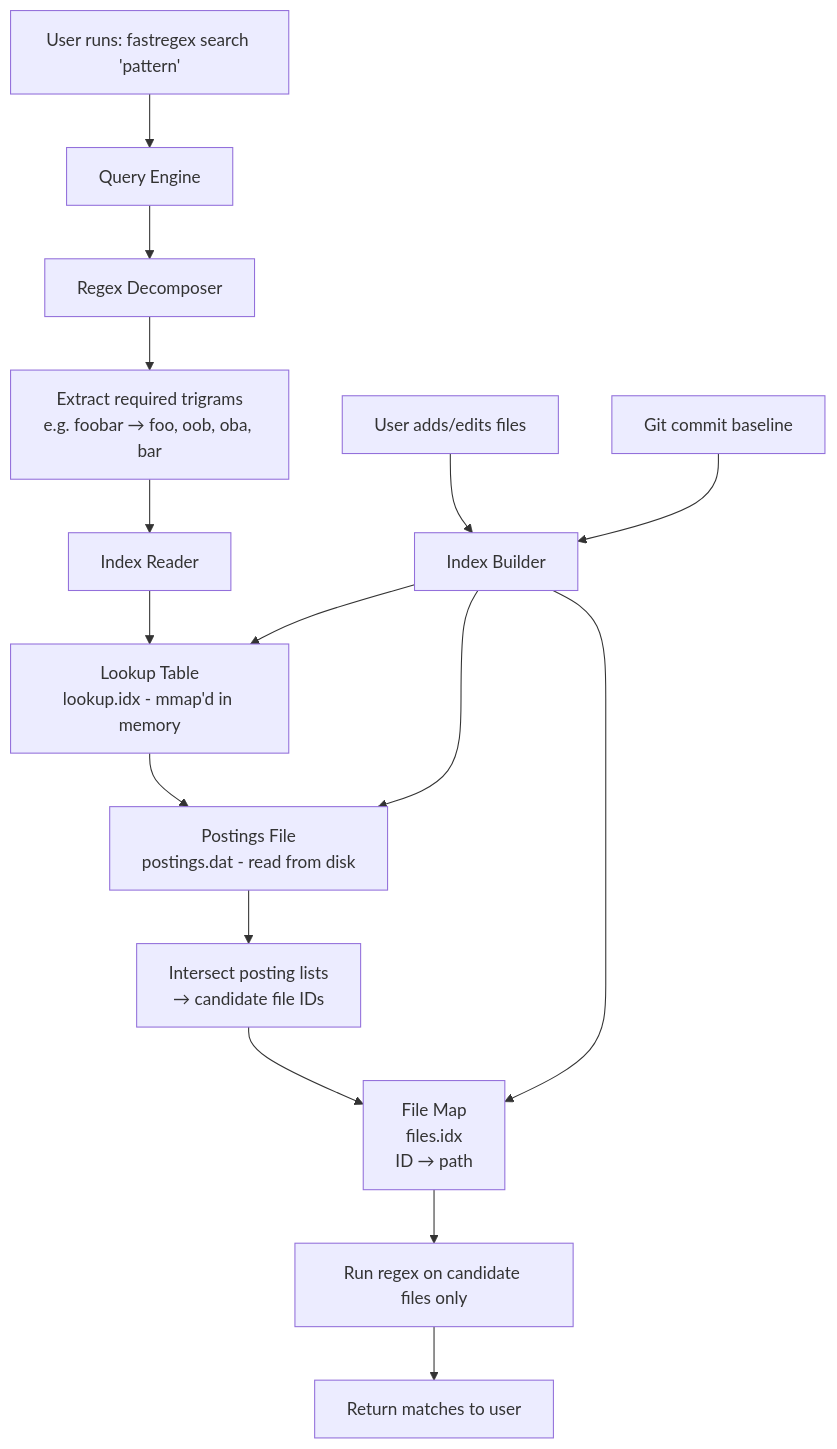
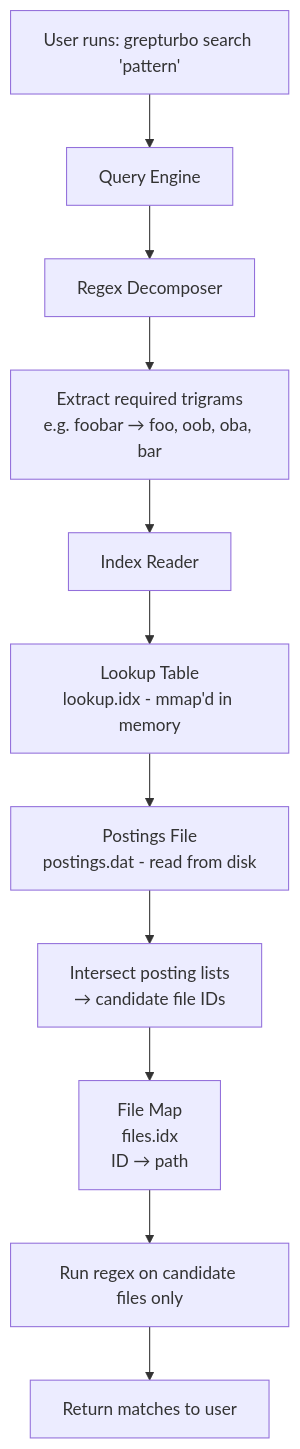
Before and after one commit to yanurag-dev/fastregex: the first of 8 diagrams in docs/ARCHITECTURE.md, drawn with Mermaid. The commit also changed other lines of this file and 11 other files, not shown here.

````diff
--- a/docs/ARCHITECTURE.md
+++ b/docs/ARCHITECTURE.md
@@ -17,19 +41,13 @@
 ```mermaid
 flowchart TD
-    A[User runs: fastregex search 'pattern'] --> B[Query Engine]
+    A[User runs: grepturbo search 'pattern'] --> B[Query Engine]
     B --> C[Regex Decomposer]
     C --> D["Extract required trigrams\ne.g. foobar → foo, oob, oba, bar"]
     D --> E[Index Reader]
     E --> F[Lookup Table\nlookup.idx - mmap'd in memory]
     F --> G[Postings File\npostings.dat - read from disk]
     G --> H[Intersect posting lists\n→ candidate file IDs]
     H --> I[File Map\nfiles.idx\nID → path]
     I --> J[Run regex on candidate files only]
     J --> K[Return matches to user]
-
-    L[User adds/edits files] --> M[Index Builder]
-    N[Git commit baseline] --> M
-    M --> F
-    M --> G
-    M --> I
 ```
````
